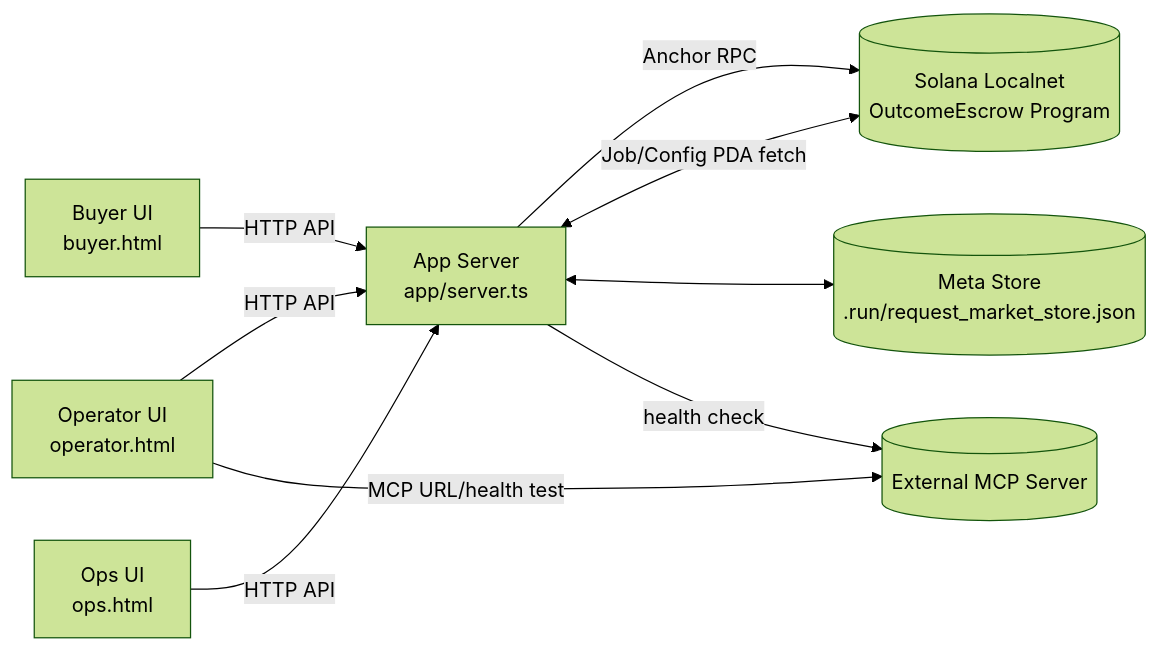
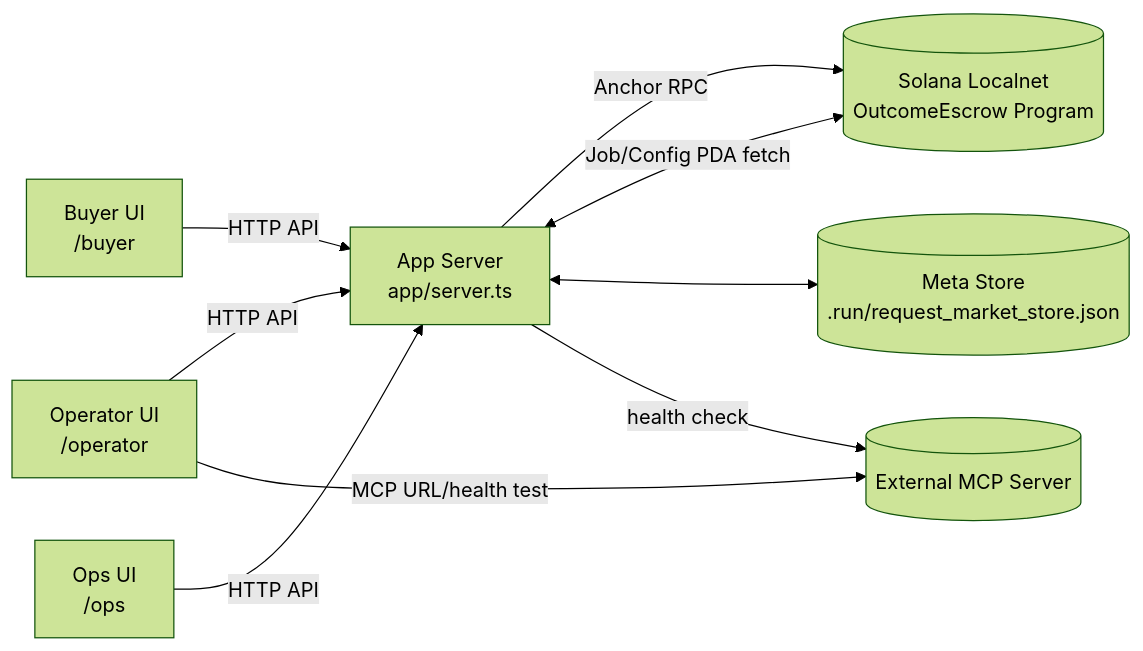
Before and after one commit to c4stleone/SOLHeaven: the first of 3 diagrams in README.md, drawn with Mermaid (forest theme). The commit also changed other lines of this file and 106 other files, not shown here.

Commit message:
feat: migrate frontend and stabilize on-chain/api flows

````diff
--- a/README.md
+++ b/README.md
@@ -26,13 +26,13 @@
 ```mermaid
 flowchart LR
-  B[Buyer UI<br/>buyer.html] -->|HTTP API| S[App Server<br/>app/server.ts]
-  O[Operator UI<br/>operator.html] -->|HTTP API| S
-  P[Ops UI<br/>ops.html] -->|HTTP API| S
+  B[Buyer UI<br/>/buyer] -->|HTTP API| S[App Server<br/>app/server.ts]
+  O[Operator UI<br/>/operator] -->|HTTP API| S
+  P[Ops UI<br/>/ops] -->|HTTP API| S
 
   S -->|Anchor RPC| C[(Solana Localnet<br/>OutcomeEscrow Program)]
   S <-->|Job/Config PDA fetch| C
   S <--> M[(Meta Store<br/>.run/request_market_store.json)]
 
   O -->|MCP URL/health test| M1[(External MCP Server)]
   S -->|health check| M1
 ```
````
